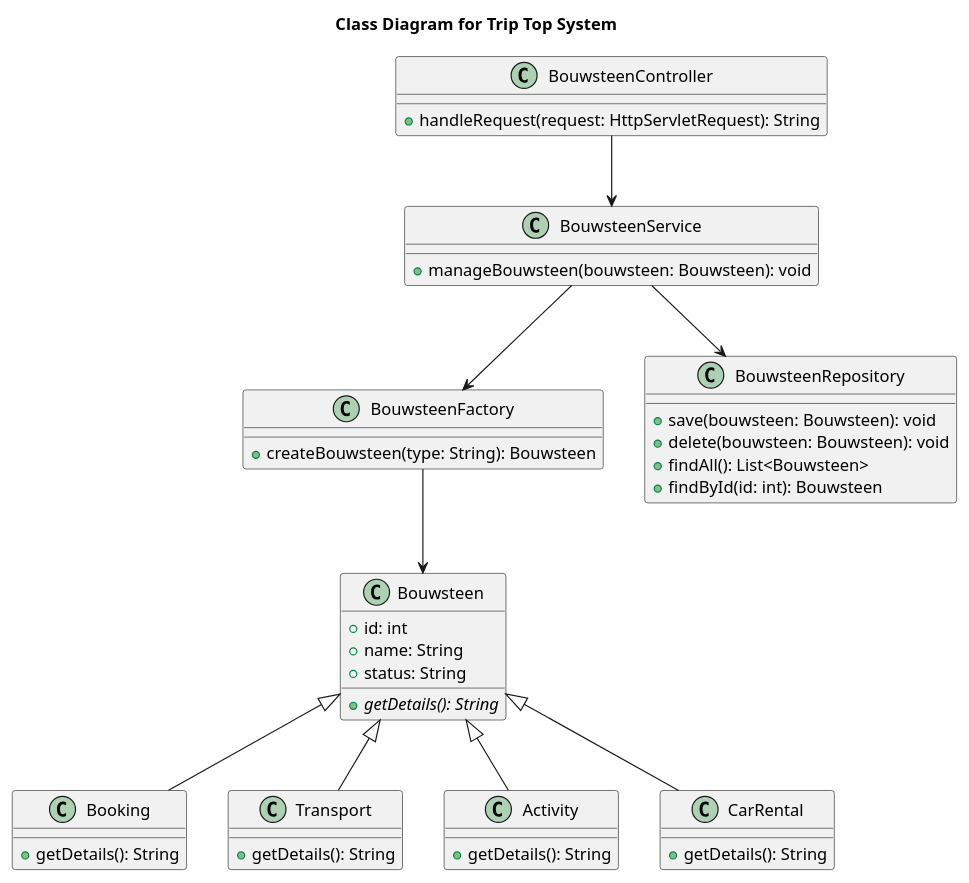
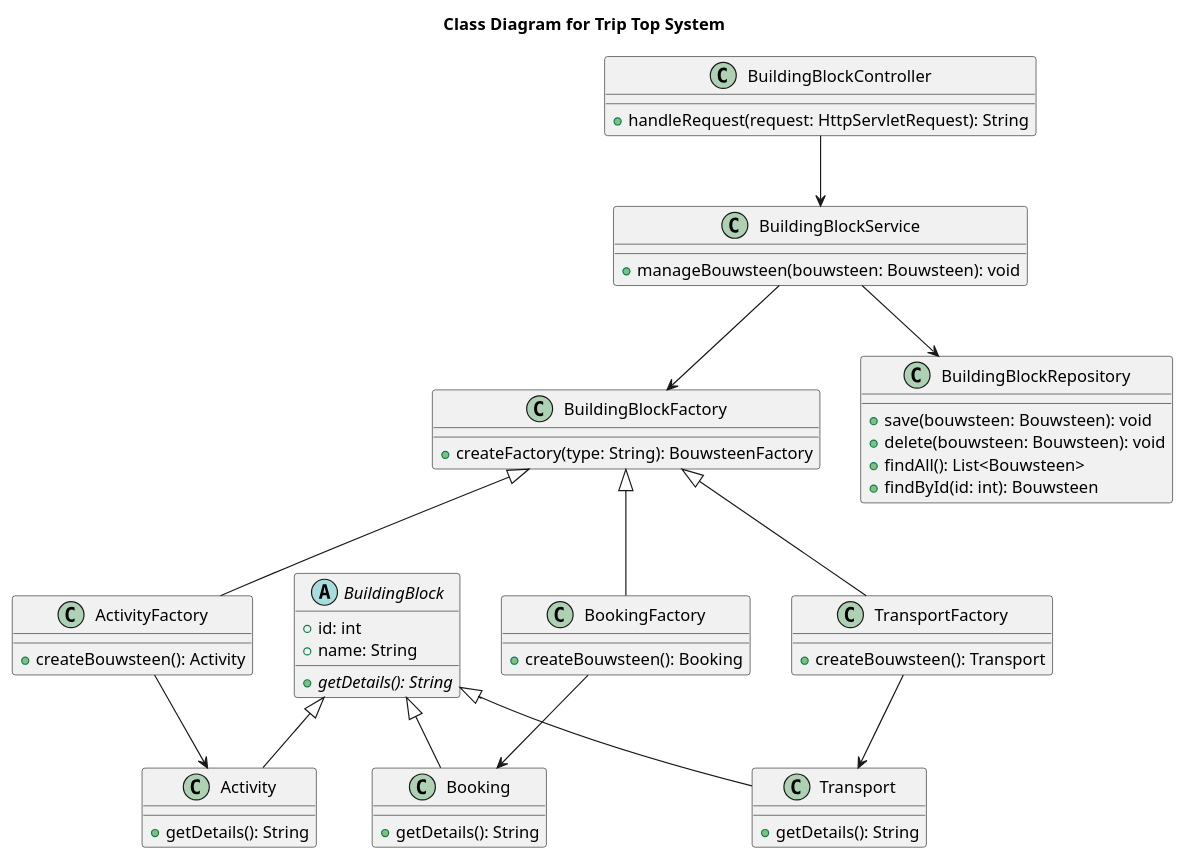
Before and after one commit to AIM-ENE-feb25/triptop-sqr-tech: the diagram in W3/Diagrammen/ClassD/SafaClassDiagram.puml, drawn with PlantUML. The commit also changed 1 other file, not shown here.

Commit message:
Updates op safa diagrammen

```diff
--- a/W3/Diagrammen/ClassD/SafaClassDiagram.puml
+++ b/W3/Diagrammen/ClassD/SafaClassDiagram.puml
@@ -1,51 +1,60 @@
 @startuml
 title Class Diagram for Trip Top System
 
-class BouwsteenController {
+class BuildingBlockController {
     +handleRequest(request: HttpServletRequest): String
 }
 
-class BouwsteenFactory {
-    +createBouwsteen(type: String): Bouwsteen
+class BuildingBlockFactory {
+    +createFactory(type: String): BouwsteenFactory
 }
 
-class Bouwsteen {
+abstract class BuildingBlock {
     +id: int
     +name: String
-    +status: String
     {abstract} +getDetails(): String
 }
 
-class Booking extends Bouwsteen {
+class Booking extends BuildingBlock {
     +getDetails(): String
 }
 
-class Transport extends Bouwsteen {
+class Transport extends BuildingBlock {
     +getDetails(): String
 }
 
-class Activity extends Bouwsteen {
+class Activity extends BuildingBlock {
     +getDetails(): String
 }
 
-class CarRental extends Bouwsteen {
-    +getDetails(): String
+class ActivityFactory extends BuildingBlockFactory {
+    +createBouwsteen(): Activity
 }
 
-class BouwsteenRepository {
+class TransportFactory extends BuildingBlockFactory {
+    +createBouwsteen(): Transport
+}
+
+class BookingFactory extends BuildingBlockFactory {
+    +createBouwsteen(): Booking
+}
+
+class BuildingBlockRepository {
     +save(bouwsteen: Bouwsteen): void
     +delete(bouwsteen: Bouwsteen): void
     +findAll(): List<Bouwsteen>
     +findById(id: int): Bouwsteen
 }
 
-class BouwsteenService {
+class BuildingBlockService {
     +manageBouwsteen(bouwsteen: Bouwsteen): void
 }
 
-BouwsteenController --> BouwsteenService
-BouwsteenService --> BouwsteenFactory
-BouwsteenService --> BouwsteenRepository
-BouwsteenFactory --> Bouwsteen
+BuildingBlockController --> BuildingBlockService
+BuildingBlockService --> BuildingBlockFactory
+BuildingBlockService --> BuildingBlockRepository
+ActivityFactory --> Activity
+TransportFactory --> Transport
+BookingFactory --> Booking
 
 @enduml
```
